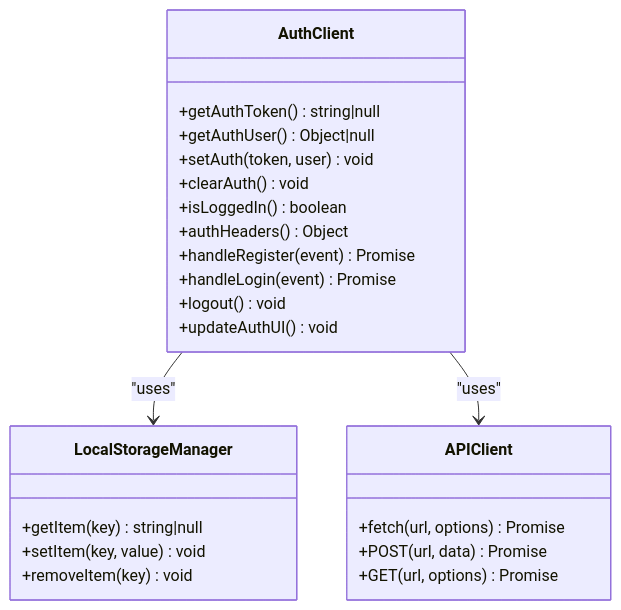
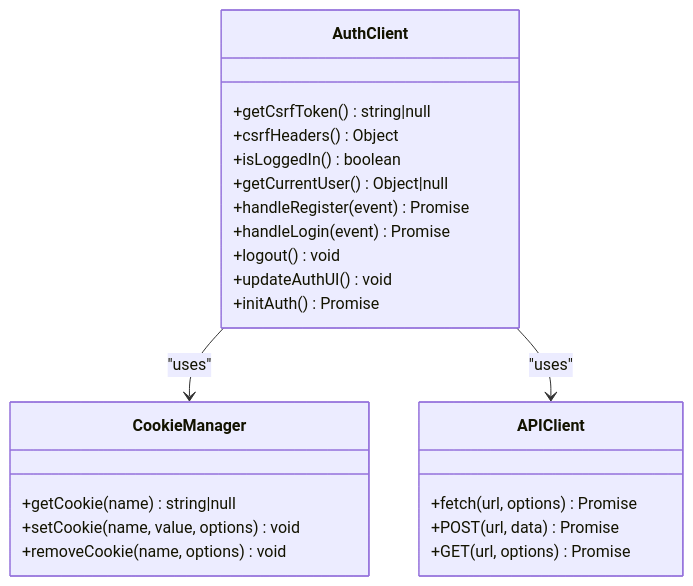
One commit to RunTimeAdmin/tri-ai changed the third of 10 diagrams in .qoder/repowiki/en/content/Frontend Application/Authentication System.md. Above: the diagram before and after it, drawn with Mermaid. The commit also changed other lines of this file and 40 other files, not shown here.

````diff
--- a/.qoder/repowiki/en/content/Frontend Application/Authentication System.md
+++ b/.qoder/repowiki/en/content/Frontend Application/Authentication System.md
@@ -129,27 +145,26 @@
 ```mermaid
 classDiagram
 class AuthClient {
-+getAuthToken() string|null
-+getAuthUser() Object|null
-+setAuth(token, user) void
-+clearAuth() void
++getCsrfToken() string|null
++csrfHeaders() Object
 +isLoggedIn() boolean
-+authHeaders() Object
++getCurrentUser() Object|null
 +handleRegister(event) Promise
 +handleLogin(event) Promise
 +logout() void
 +updateAuthUI() void
++initAuth() Promise
 }
-class LocalStorageManager {
-+getItem(key) string|null
-+setItem(key, value) void
-+removeItem(key) void
+class CookieManager {
++getCookie(name) string|null
++setCookie(name, value, options) void
++removeCookie(name, options) void
 }
 class APIClient {
 +fetch(url, options) Promise
 +POST(url, data) Promise
 +GET(url, options) Promise
 }
-AuthClient --> LocalStorageManager : "uses"
+AuthClient --> CookieManager : "uses"
 AuthClient --> APIClient : "uses"
 ```
````
